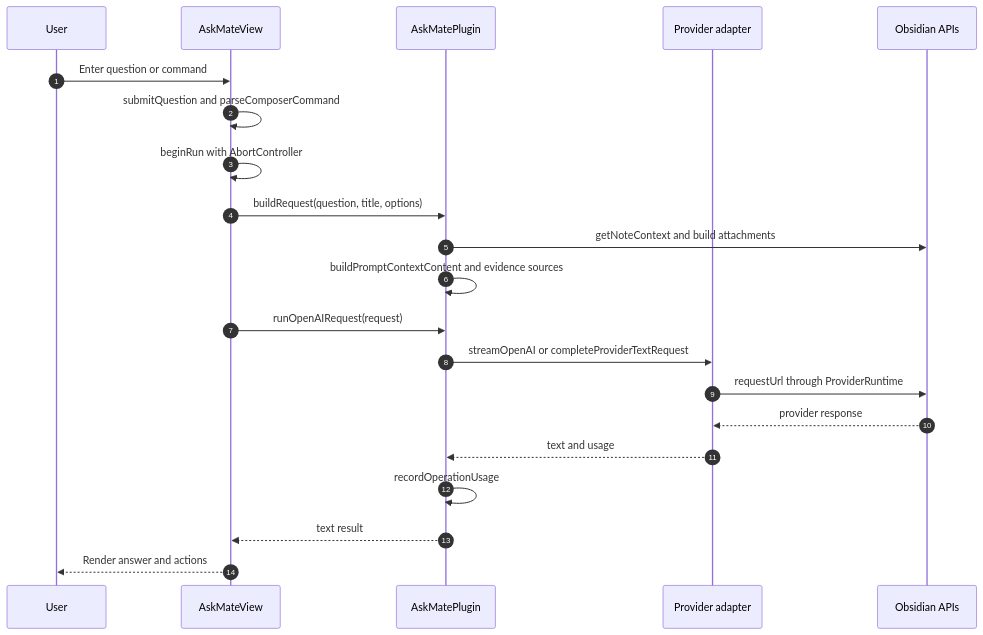
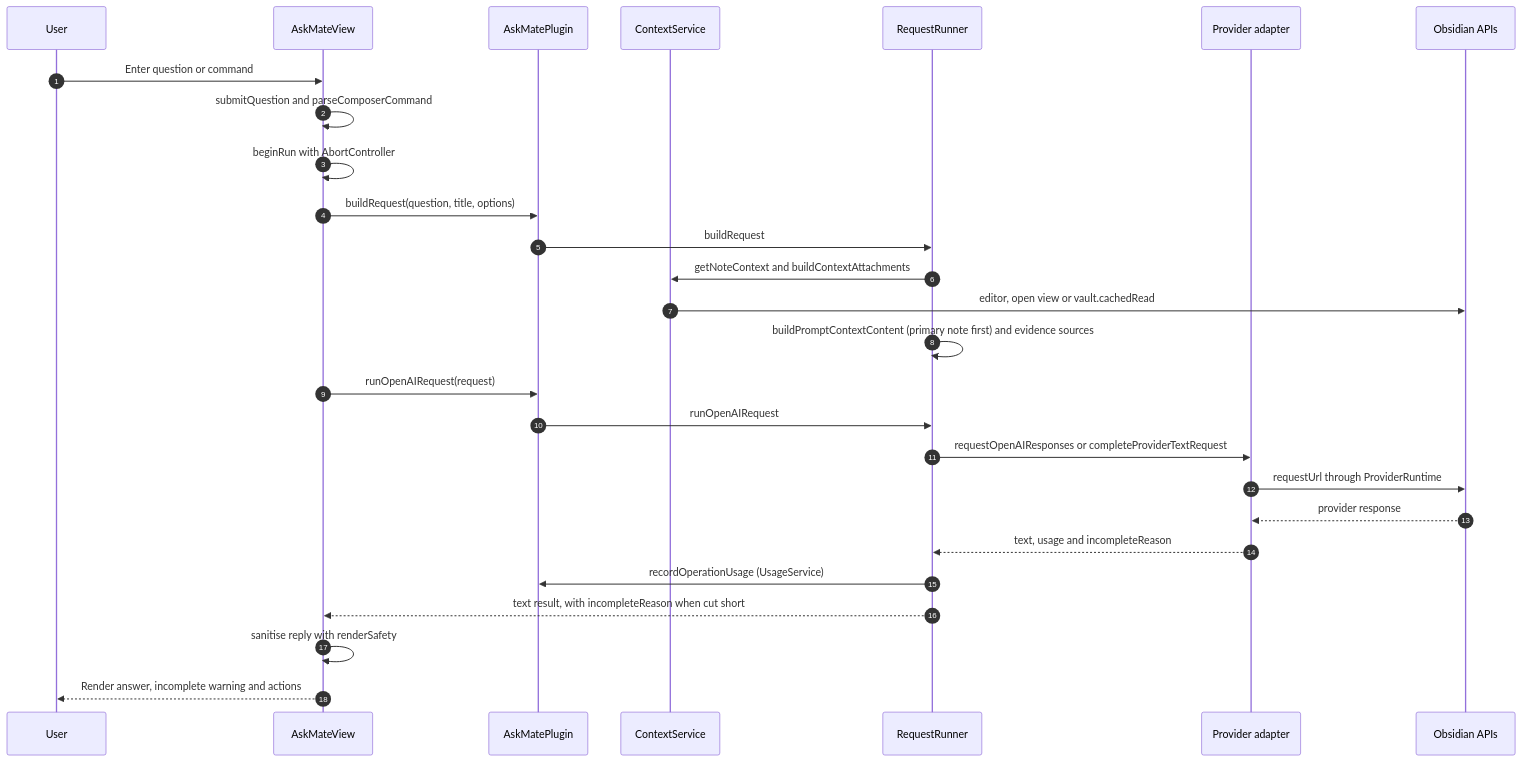
One commit to CodeWithBehnam/askmate changed the first of 3 diagrams in DigVis/03-request-or-control-flow.md. Above: the diagram before and after it, drawn with Mermaid. The commit also changed other lines of this file and 88 other files, not shown here.

````diff
--- a/DigVis/03-request-or-control-flow.md
+++ b/DigVis/03-request-or-control-flow.md
@@ -9,24 +9,30 @@
 ```mermaid
 sequenceDiagram
   autonumber
   participant User as User
   participant View as AskMateView
   participant Plugin as AskMatePlugin
+  participant Context as ContextService
+  participant Runner as RequestRunner
   participant Provider as Provider adapter
   participant Obsidian as Obsidian APIs
 
   User->>View: Enter question or command
   View->>View: submitQuestion and parseComposerCommand
   View->>View: beginRun with AbortController
   View->>Plugin: buildRequest(question, title, options)
-  Plugin->>Obsidian: getNoteContext and build attachments
-  Plugin->>Plugin: buildPromptContextContent and evidence sources
+  Plugin->>Runner: buildRequest
+  Runner->>Context: getNoteContext and buildContextAttachments
+  Context->>Obsidian: editor, open view or vault.cachedRead
+  Runner->>Runner: buildPromptContextContent (primary note first) and evidence sources
   View->>Plugin: runOpenAIRequest(request)
-  Plugin->>Provider: streamOpenAI or completeProviderTextRequest
+  Plugin->>Runner: runOpenAIRequest
+  Runner->>Provider: requestOpenAIResponses or completeProviderTextRequest
   Provider->>Obsidian: requestUrl through ProviderRuntime
   Obsidian-->>Provider: provider response
-  Provider-->>Plugin: text and usage
-  Plugin->>Plugin: recordOperationUsage
-  Plugin-->>View: text result
-  View-->>User: Render answer and actions
+  Provider-->>Runner: text, usage and incompleteReason
+  Runner->>Plugin: recordOperationUsage (UsageService)
+  Runner-->>View: text result, with incompleteReason when cut short
+  View->>View: sanitise reply with renderSafety
+  View-->>User: Render answer, incomplete warning and actions
 ```
````
